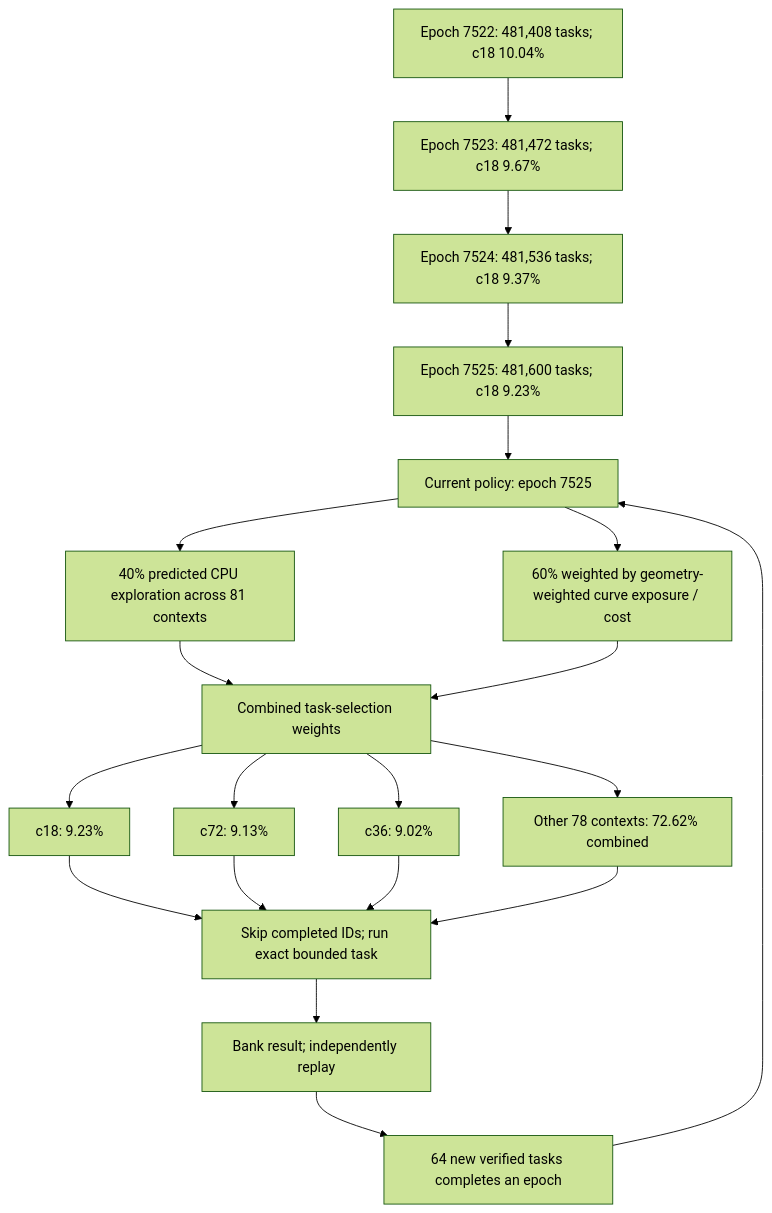
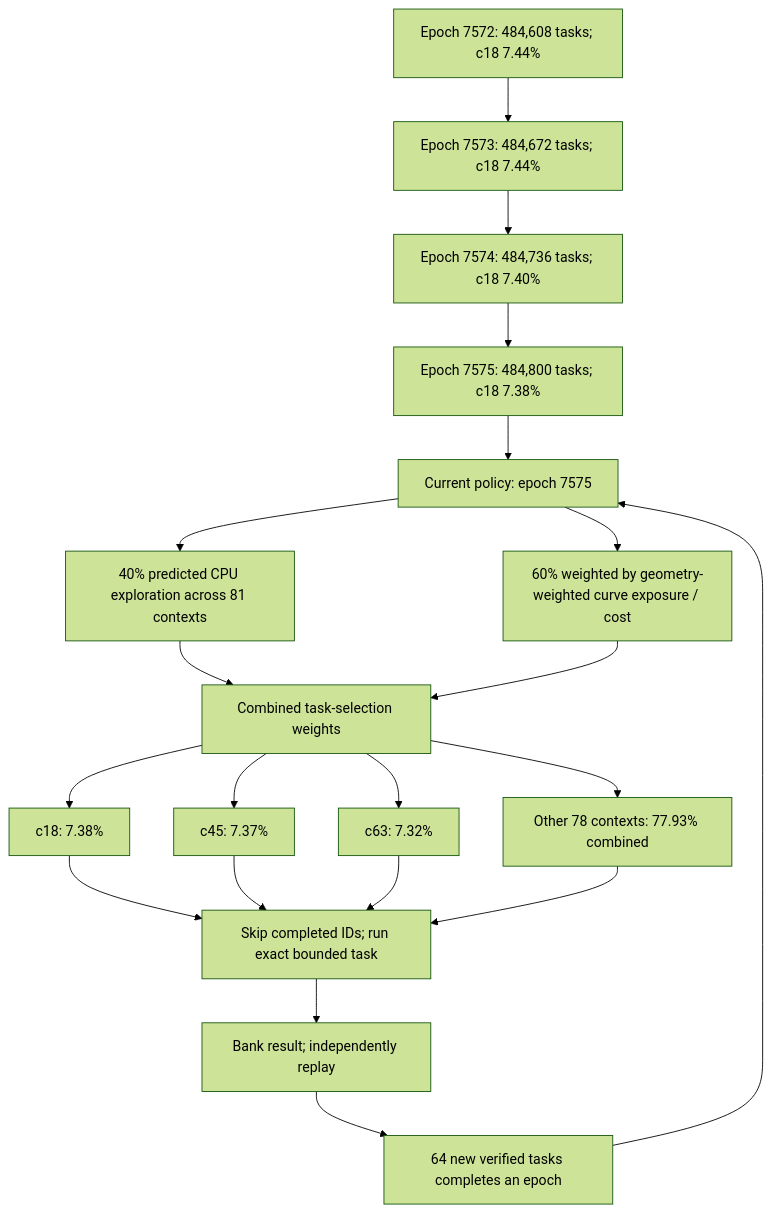
One commit to Kuberwastaken/math-gambling changed the first of 4 diagrams in README.md. Above: the diagram before and after it, drawn with Mermaid (forest theme). The commit also changed other lines of this file and 7032 other files, not shown here.

````diff
--- a/README.md
+++ b/README.md
@@ -60,27 +60,27 @@
 ```mermaid
 flowchart TD
-    H0["Epoch 7522: 481,408 tasks; c18 10.04%"]
-    H1["Epoch 7523: 481,472 tasks; c18 9.67%"]
+    H0["Epoch 7572: 484,608 tasks; c18 7.44%"]
+    H1["Epoch 7573: 484,672 tasks; c18 7.44%"]
     H0 --> H1
-    H2["Epoch 7524: 481,536 tasks; c18 9.37%"]
+    H2["Epoch 7574: 484,736 tasks; c18 7.40%"]
     H1 --> H2
-    H3["Epoch 7525: 481,600 tasks; c18 9.23%"]
+    H3["Epoch 7575: 484,800 tasks; c18 7.38%"]
     H2 --> H3
-    Policy["Current policy: epoch 7525"]
+    Policy["Current policy: epoch 7575"]
     H3 --> Policy
     Policy --> Explore["40% predicted CPU exploration across 81 contexts"]
     Policy --> Cost["60% weighted by geometry-weighted curve exposure / cost"]
     Explore --> Mix["Combined task-selection weights"]
     Cost --> Mix
-    Mix --> C0["c18: 9.23%"]
-    Mix --> C1["c72: 9.13%"]
-    Mix --> C2["c36: 9.02%"]
-    Mix --> Rest["Other 78 contexts: 72.62% combined"]
+    Mix --> C0["c18: 7.38%"]
+    Mix --> C1["c45: 7.37%"]
+    Mix --> C2["c63: 7.32%"]
+    Mix --> Rest["Other 78 contexts: 77.93% combined"]
     C0 --> Check["Skip completed IDs; run exact bounded task"]
     C1 --> Check
     C2 --> Check
     Rest --> Check
     Check --> Replay["Bank result; independently replay"]
     Replay --> Gate["64 new verified tasks completes an epoch"]
     Gate --> Policy
 ```
````
